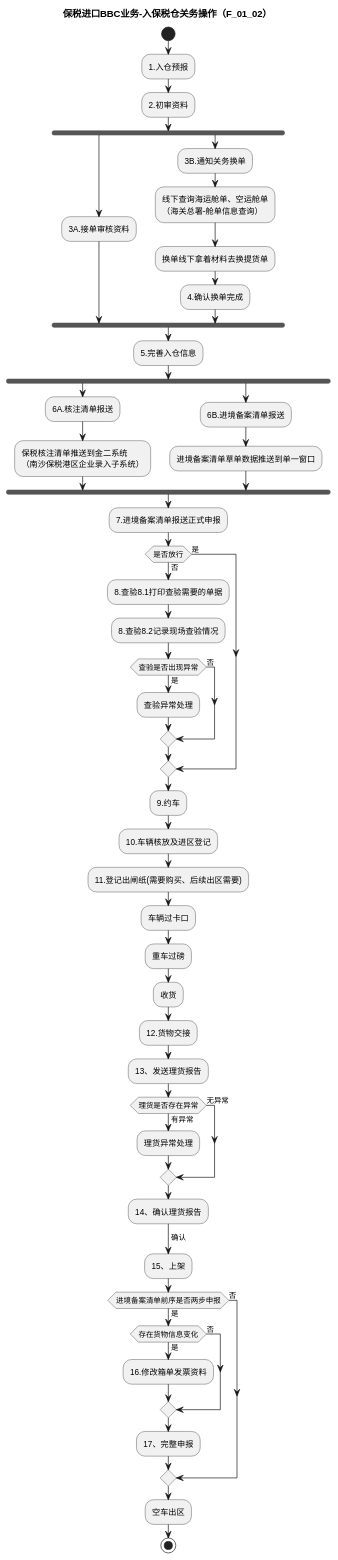
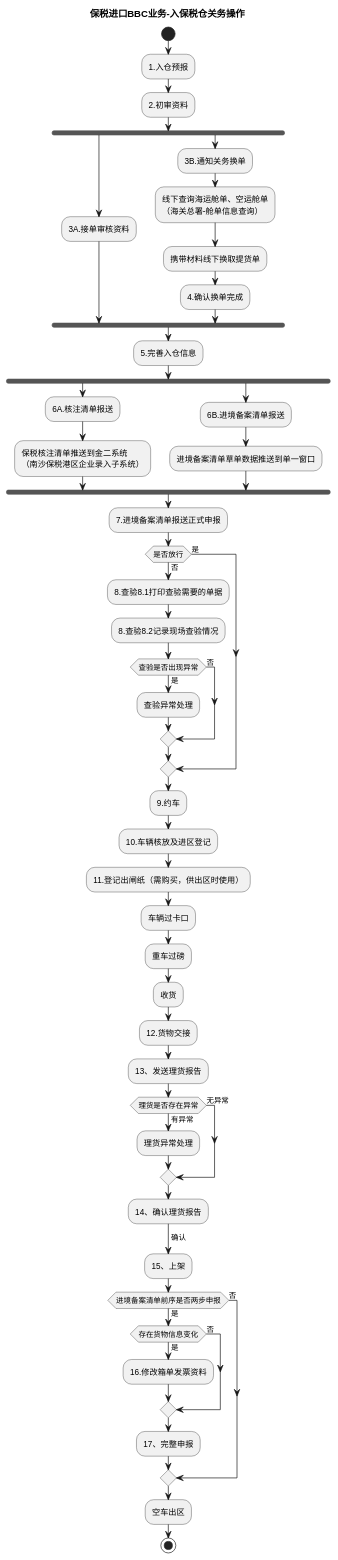
The third of 6 diagrams in product-caliber/goldjet/segmented-prd/mainflow/PRD.高捷物流系统一期.主流程.06.跨境电商BBC进口-入出区与调拨流程.md (jack888332/projects-doc), drawn with PlantUML before and after one commit. The commit also changed other lines of this file and 59 other files, not shown here.

````diff
--- a/product-caliber/goldjet/segmented-prd/mainflow/PRD.高捷物流系统一期.主流程.06.跨境电商BBC进口-入出区与调拨流程.md
+++ b/product-caliber/goldjet/segmented-prd/mainflow/PRD.高捷物流系统一期.主流程.06.跨境电商BBC进口-入出区与调拨流程.md
@@ -104,59 +94,59 @@
 ```plantuml
 @startuml
-title 保税进口BBC业务-入保税仓关务操作（F_01_02）
+title 保税进口BBC业务-入保税仓关务操作
 start
 :1.入仓预报;
 :2.初审资料;
 fork
   :3A.接单审核资料;
 fork again
   :3B.通知关务换单;
   :线下查询海运舱单、空运舱单\n（海关总署-舱单信息查询）;
-  :换单线下拿着材料去换提货单;
+  :携带材料线下换取提货单;
   :4.确认换单完成;
 end fork
 :5.完善入仓信息;
 fork
   :6A.核注清单报送;
   :保税核注清单推送到金二系统\n（南沙保税港区企业录入子系统）;
 fork again
   :6B.进境备案清单报送;
   :进境备案清单草单数据推送到单一窗口;
 end fork
 :7.进境备案清单报送正式申报;
 if (是否放行) then (是)
 else (否)
   :8.查验8.1打印查验需要的单据;
   :8.查验8.2记录现场查验情况;
   if (查验是否出现异常) then (是)
     :查验异常处理;
   else (否)
   endif
 endif
 :9.约车;
 :10.车辆核放及进区登记;
-:11.登记出闸纸(需要购买、后续出区需要);
+:11.登记出闸纸（需购买，供出区时使用）;
 :车辆过卡口;
 :重车过磅;
 :收货;
 :12.货物交接;
 :13、发送理货报告;
 if (理货是否存在异常) then (有异常)
   :理货异常处理;
 else (无异常)
 endif
 :14、确认理货报告;
 -> 确认;
 :15、上架;
 if (进境备案清单前序是否两步申报) then (是)
   if (存在货物信息变化) then (是)
     :16.修改箱单发票资料;
   else (否)
   endif
   :17、完整申报;
 else (否)
 endif
 :空车出区;
 stop
 @enduml
 ```
````
